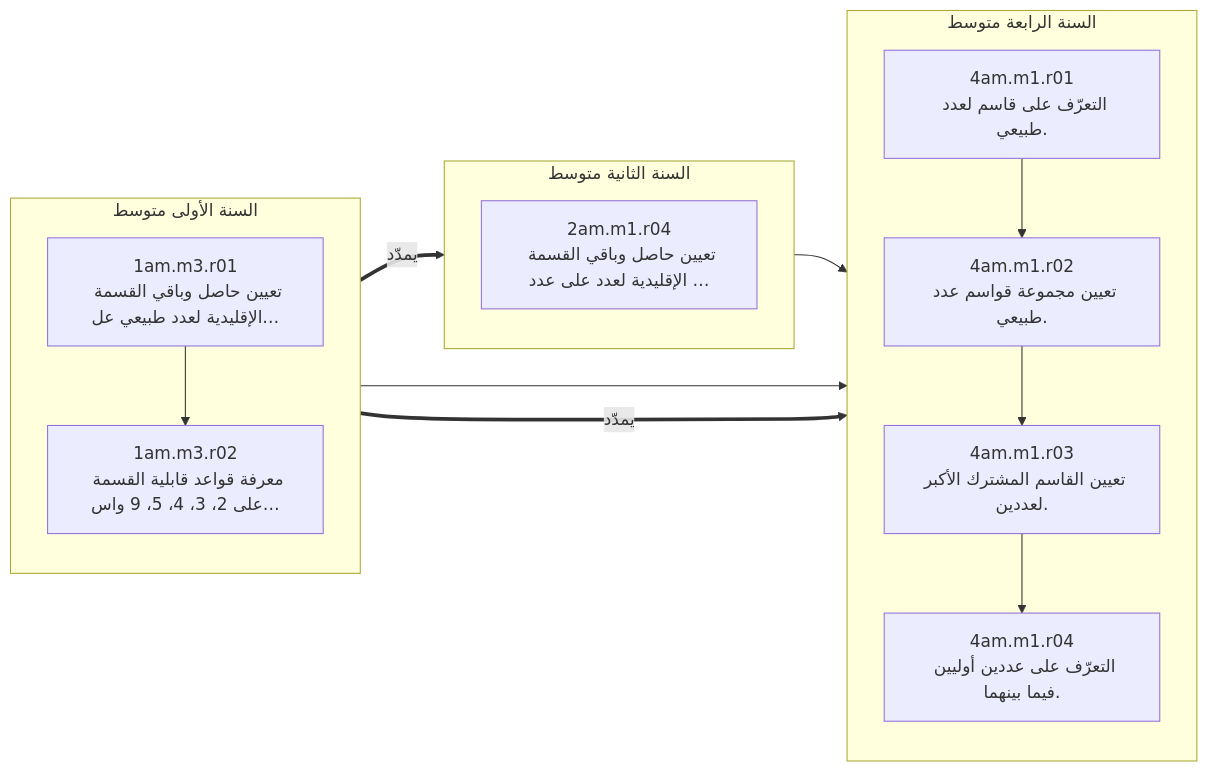
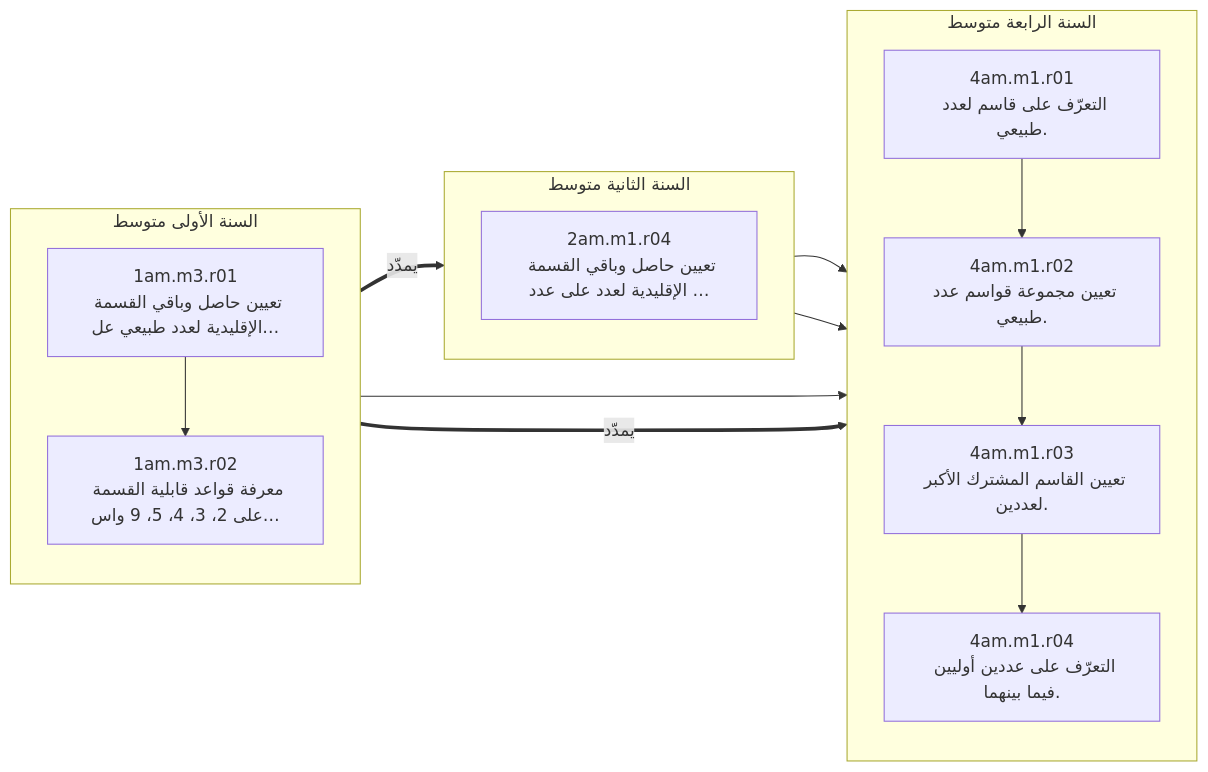
Before and after one commit to Abdennour-bouhounali/smarter-academy-dz: the second of 17 diagrams in docs/curriculum/LEARNING_NET_MAP.md, drawn with Mermaid. The commit also changed other lines of this file and 35 other files, not shown here.

````diff
--- a/docs/curriculum/LEARNING_NET_MAP.md
+++ b/docs/curriculum/LEARNING_NET_MAP.md
@@ -64,27 +64,28 @@
 ```mermaid
 flowchart LR
   subgraph g_1am["السنة الأولى متوسط"]
     direction TB
     n_1am_m3_r01["1am.m3.r01<br/>تعيين حاصل وباقي القسمة الإقليدية لعدد طبيعي عل…"]
     n_1am_m3_r02["1am.m3.r02<br/>معرفة قواعد قابلية القسمة على 2، 3، 4، 5، 9 واس…"]
   end
   subgraph g_2am["السنة الثانية متوسط"]
     direction TB
     n_2am_m1_r04["2am.m1.r04<br/>تعيين حاصل وباقي القسمة الإقليدية لعدد على عدد …"]
   end
   subgraph g_4am["السنة الرابعة متوسط"]
     direction TB
     n_4am_m1_r01["4am.m1.r01<br/>التعرّف على قاسم لعدد طبيعي."]
     n_4am_m1_r02["4am.m1.r02<br/>تعيين مجموعة قواسم عدد طبيعي."]
     n_4am_m1_r03["4am.m1.r03<br/>تعيين القاسم المشترك الأكبر لعددين."]
     n_4am_m1_r04["4am.m1.r04<br/>التعرّف على عددين أوليين فيما بينهما."]
   end
   n_1am_m3_r01 --> n_1am_m3_r02
   n_1am_m3_r01 ==>|يمدّد| n_2am_m1_r04
   n_1am_m3_r01 --> n_4am_m1_r01
   n_1am_m3_r02 ==>|يمدّد| n_4am_m1_r01
   n_4am_m1_r01 --> n_4am_m1_r02
+  n_2am_m1_r04 --> n_4am_m1_r02
   n_4am_m1_r02 --> n_4am_m1_r03
   n_2am_m1_r04 --> n_4am_m1_r03
   n_4am_m1_r03 --> n_4am_m1_r04
 ```
````
